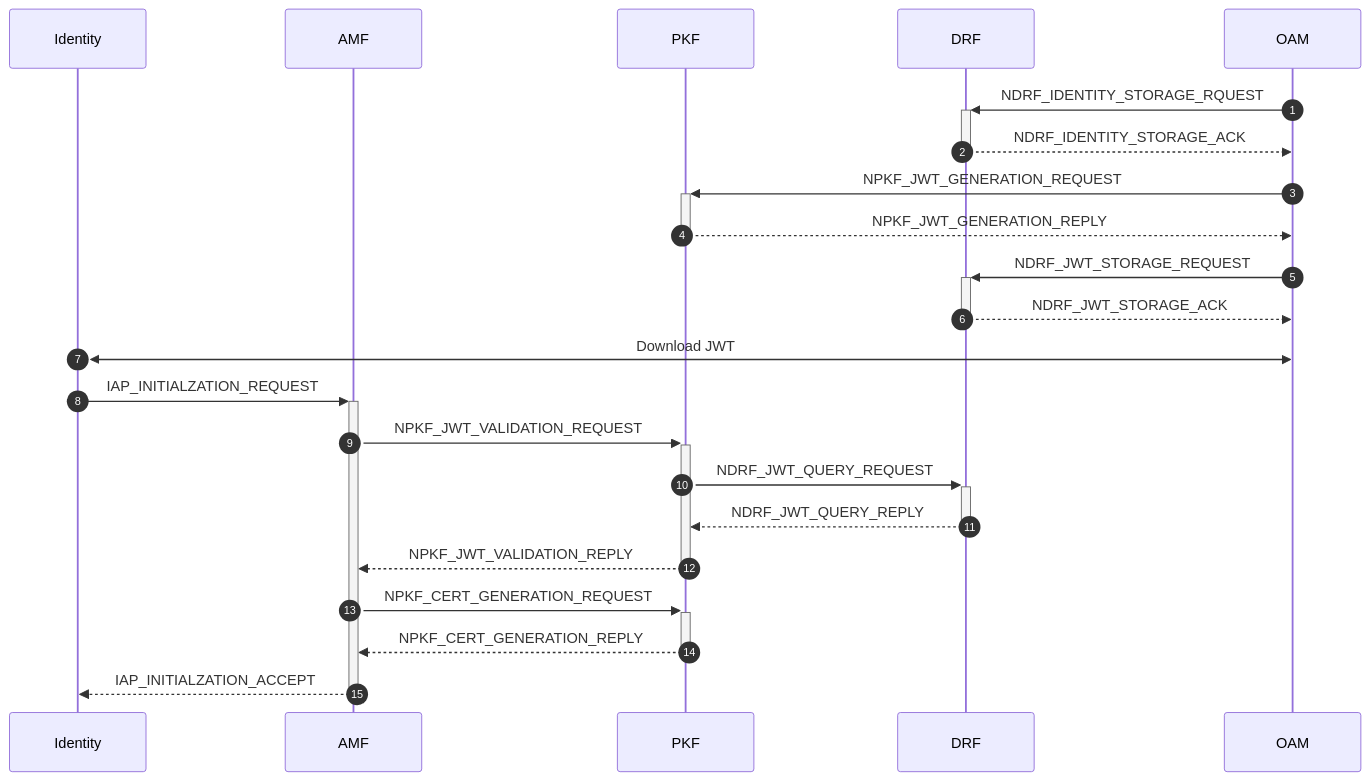
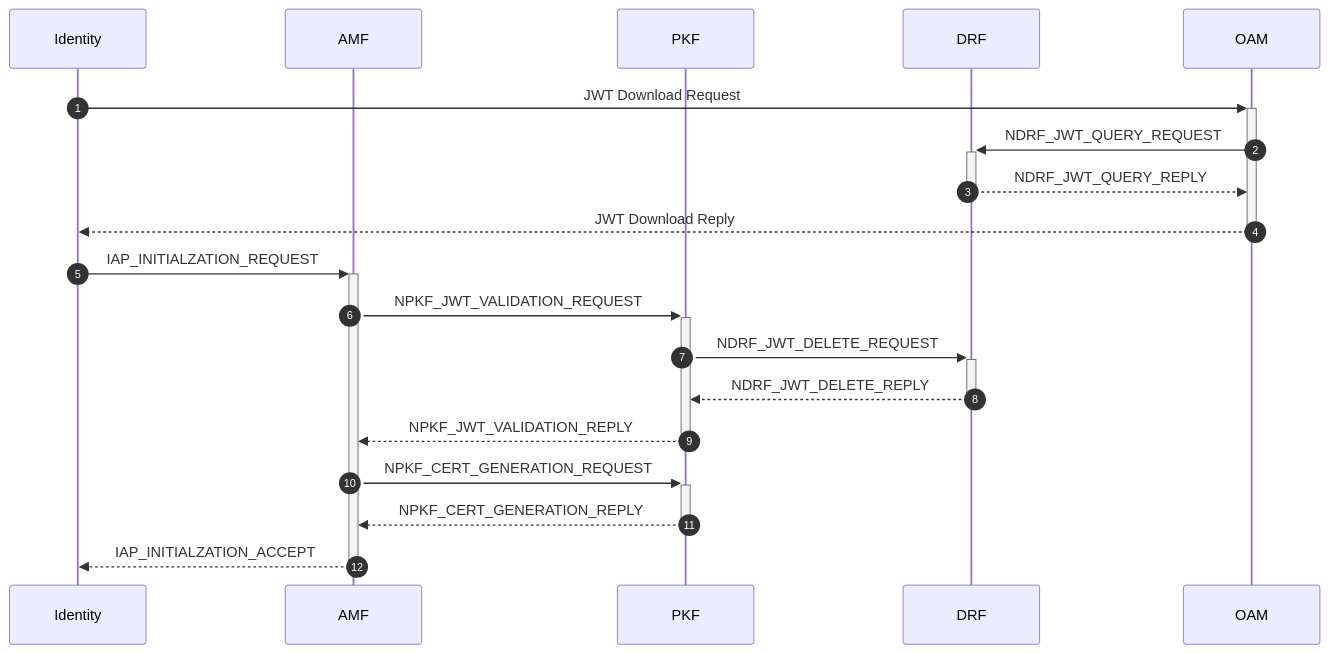
Before and after one commit to veil-link/veilink: the sixth of 16 diagrams in doc/doc-spec/00-series-general/00.002-procedure.md, drawn with Mermaid. The commit also changed other lines of this file and 1 other file, not shown here.

Commit message:
feat: session and identity operation

````diff
--- a/doc/doc-spec/00-series-general/00.002-procedure.md
+++ b/doc/doc-spec/00-series-general/00.002-procedure.md
@@ -130,28 +130,24 @@
 ```mermaid
 sequenceDiagram
     autonumber
 
     participant id as Identity
     participant amf as AMF
     participant pkf as PKF
     participant drf as DRF
     participant oam as OAM
 
-    oam ->>+ drf: NDRF_IDENTITY_STORAGE_RQUEST
-    drf -->>- oam: NDRF_IDENTITY_STORAGE_ACK
-    oam ->>+ pkf: NPKF_JWT_GENERATION_REQUEST
-    pkf -->>- oam: NPKF_JWT_GENERATION_REPLY
-    oam ->>+ drf: NDRF_JWT_STORAGE_REQUEST
-    drf -->>- oam: NDRF_JWT_STORAGE_ACK
-
-    id <<->> oam: Download JWT
+    id ->>+ oam: JWT Download Request
+    oam ->>+ drf: NDRF_JWT_QUERY_REQUEST
+    drf -->>- oam: NDRF_JWT_QUERY_REPLY
+    oam -->>- id: JWT Download Reply
 
     id ->>+ amf: IAP_INITIALZATION_REQUEST
     amf ->>+ pkf: NPKF_JWT_VALIDATION_REQUEST
-    pkf ->>+ drf: NDRF_JWT_QUERY_REQUEST
-    drf -->>- pkf: NDRF_JWT_QUERY_REPLY
+    pkf ->>+ drf: NDRF_JWT_DELETE_REQUEST
+    drf -->>- pkf: NDRF_JWT_DELETE_REPLY
     pkf -->>- amf: NPKF_JWT_VALIDATION_REPLY
     amf ->>+ pkf: NPKF_CERT_GENERATION_REQUEST
     pkf -->>- amf: NPKF_CERT_GENERATION_REPLY
     amf -->>- id: IAP_INITIALZATION_ACCEPT
 ```
````
